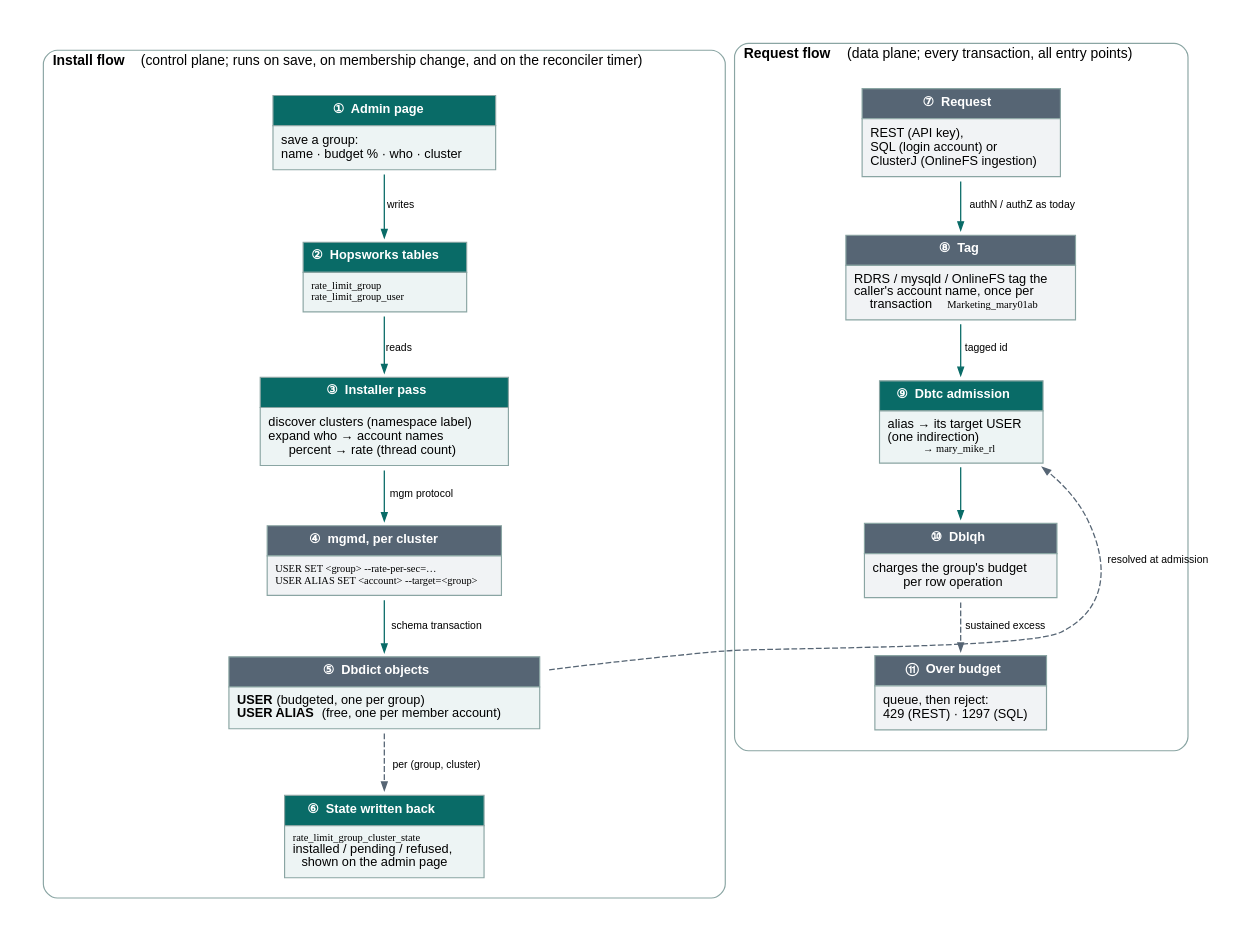
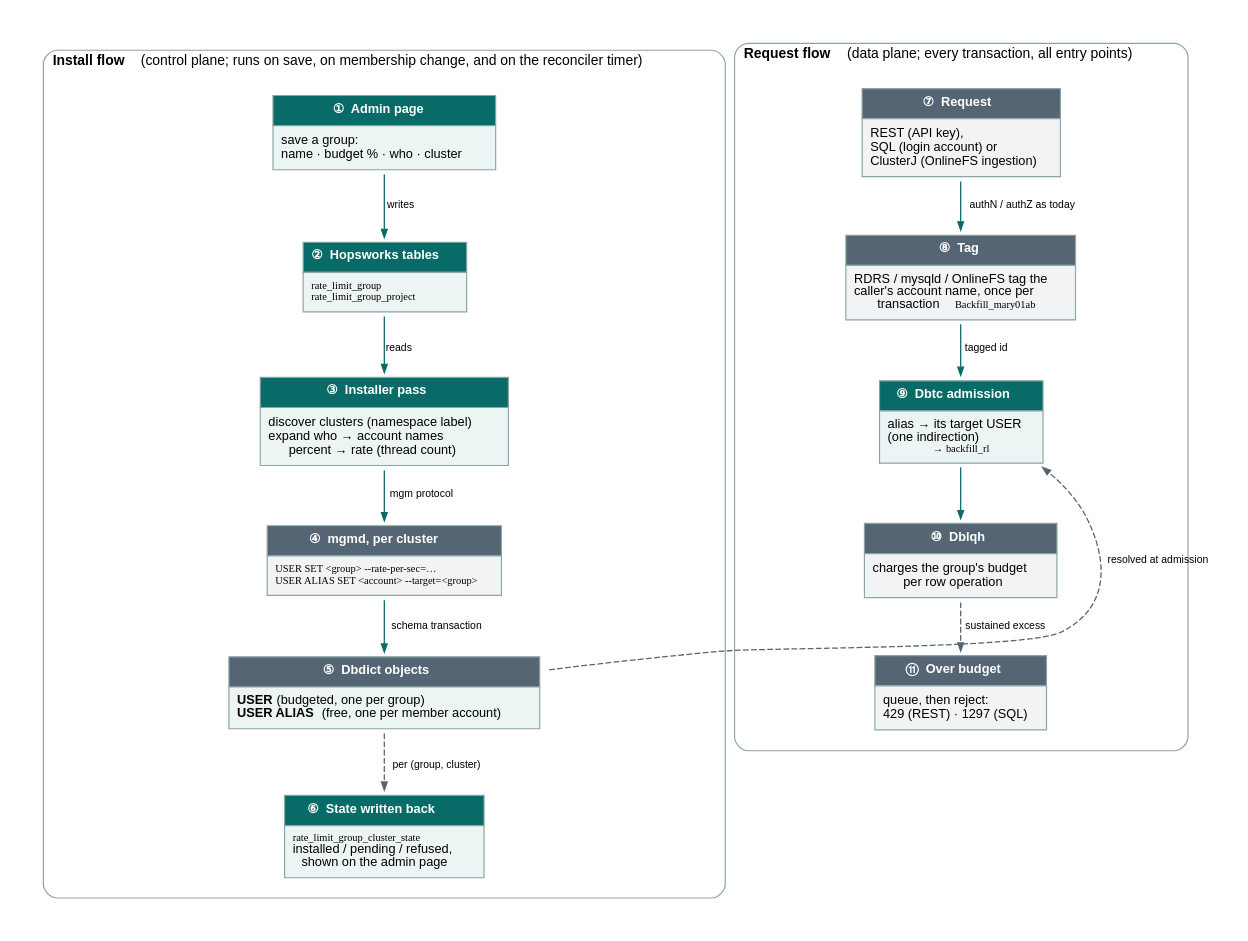
The diagram in storage/ndb/rest-server2/server/docs/rate-limit-groups/img/v2/lifecycle.dot (logicalclocks/rondb), drawn with Graphviz before and after one commit. The commit also changed 32 other files, not shown here.

```diff
--- a/storage/ndb/rest-server2/server/docs/rate-limit-groups/img/v2/lifecycle.dot
+++ b/storage/ndb/rest-server2/server/docs/rate-limit-groups/img/v2/lifecycle.dot
@@ -1,87 +1,87 @@
 digraph lifecycle {
   rankdir=TB;
   graph [fontname="Helvetica", fontsize=11, pad=0.3, nodesep=0.5, ranksep=0.45, bgcolor="white", compound=true, newrank=true];
   node  [shape=plaintext, fontname="Helvetica", fontsize=11];
   edge  [fontname="Helvetica", fontsize=9, color="#096b67", arrowsize=0.7, penwidth=1.1];
 
   subgraph cluster_install {
     label=<<B>Install flow</B> (control plane; runs on save, on membership change, and on the reconciler timer)>; fontsize=12; color="#8aa5a3"; style="rounded"; margin=14;
     s1 [label=<
 <TABLE BORDER="0" CELLBORDER="1" CELLSPACING="0" CELLPADDING="6" COLOR="#8aa5a3">
  <TR><TD BGCOLOR="#096b67"><FONT COLOR="white"><B>&#9312;&nbsp; Admin page</B></FONT></TD></TR>
  <TR><TD BGCOLOR="#edf4f4" ALIGN="LEFT">save a group:<BR ALIGN="LEFT"/>name &middot; budget % &middot; who &middot; cluster</TD></TR>
 </TABLE>>];
     s2 [label=<
 <TABLE BORDER="0" CELLBORDER="1" CELLSPACING="0" CELLPADDING="6" COLOR="#8aa5a3">
  <TR><TD BGCOLOR="#096b67"><FONT COLOR="white"><B>&#9313;&nbsp; Hopsworks tables</B></FONT></TD></TR>
- <TR><TD BGCOLOR="#edf4f4" ALIGN="LEFT"><FONT FACE="Menlo" POINT-SIZE="9">rate_limit_group</FONT><BR ALIGN="LEFT"/><FONT FACE="Menlo" POINT-SIZE="9">rate_limit_group_user</FONT></TD></TR>
+ <TR><TD BGCOLOR="#edf4f4" ALIGN="LEFT"><FONT FACE="Menlo" POINT-SIZE="9">rate_limit_group</FONT><BR ALIGN="LEFT"/><FONT FACE="Menlo" POINT-SIZE="9">rate_limit_group_project</FONT></TD></TR>
 </TABLE>>];
     s3 [label=<
 <TABLE BORDER="0" CELLBORDER="1" CELLSPACING="0" CELLPADDING="6" COLOR="#8aa5a3">
  <TR><TD BGCOLOR="#096b67"><FONT COLOR="white"><B>&#9314;&nbsp; Installer pass</B></FONT></TD></TR>
  <TR><TD BGCOLOR="#edf4f4" ALIGN="LEFT">discover clusters (namespace label)<BR ALIGN="LEFT"/>expand who &rarr; account names<BR ALIGN="LEFT"/>percent &rarr; rate (thread count)</TD></TR>
 </TABLE>>];
     s4 [label=<
 <TABLE BORDER="0" CELLBORDER="1" CELLSPACING="0" CELLPADDING="6" COLOR="#8aa5a3">
  <TR><TD BGCOLOR="#566574"><FONT COLOR="white"><B>&#9315;&nbsp; mgmd, per cluster</B></FONT></TD></TR>
  <TR><TD BGCOLOR="#f1f3f5" ALIGN="LEFT"><FONT FACE="Menlo" POINT-SIZE="9">USER SET &lt;group&gt; --rate-per-sec=&hellip;</FONT><BR ALIGN="LEFT"/><FONT FACE="Menlo" POINT-SIZE="9">USER ALIAS SET &lt;account&gt; --target=&lt;group&gt;</FONT></TD></TR>
 </TABLE>>];
     s5 [label=<
 <TABLE BORDER="0" CELLBORDER="1" CELLSPACING="0" CELLPADDING="6" COLOR="#8aa5a3">
  <TR><TD BGCOLOR="#566574"><FONT COLOR="white"><B>&#9316;&nbsp; Dbdict objects</B></FONT></TD></TR>
  <TR><TD BGCOLOR="#edf4f4" ALIGN="LEFT"><B>USER</B> (budgeted, one per group)<BR ALIGN="LEFT"/><B>USER ALIAS</B> (free, one per member account)</TD></TR>
 </TABLE>>];
     s1 -> s2 [label="writes"];
     s2 -> s3 [label="reads"];
     s3 -> s4 [label="mgm protocol"];
     s4 -> s5 [label="schema transaction"];
 
     state [label=<
 <TABLE BORDER="0" CELLBORDER="1" CELLSPACING="0" CELLPADDING="6" COLOR="#8aa5a3">
  <TR><TD BGCOLOR="#096b67"><FONT COLOR="white"><B>&#9317;&nbsp; State written back</B></FONT></TD></TR>
  <TR><TD BGCOLOR="#edf4f4" ALIGN="LEFT"><FONT FACE="Menlo" POINT-SIZE="9">rate_limit_group_cluster_state</FONT><BR ALIGN="LEFT"/>installed / pending / refused,<BR ALIGN="LEFT"/>shown on the admin page</TD></TR>
 </TABLE>>];
     s5 -> state [label="per (group, cluster)", style=dashed, color="#566574"];
   }
 
   subgraph cluster_request {
     label=<<B>Request flow</B> (data plane; every transaction, all entry points)>; fontsize=12; color="#8aa5a3"; style="rounded"; margin=14;
     r1 [label=<
 <TABLE BORDER="0" CELLBORDER="1" CELLSPACING="0" CELLPADDING="6" COLOR="#8aa5a3">
  <TR><TD BGCOLOR="#566574"><FONT COLOR="white"><B>&#9318;&nbsp; Request</B></FONT></TD></TR>
  <TR><TD BGCOLOR="#f1f3f5" ALIGN="LEFT">REST (API key),<BR ALIGN="LEFT"/>SQL (login account) or<BR ALIGN="LEFT"/>ClusterJ (OnlineFS ingestion)</TD></TR>
 </TABLE>>];
     r2 [label=<
 <TABLE BORDER="0" CELLBORDER="1" CELLSPACING="0" CELLPADDING="6" COLOR="#8aa5a3">
  <TR><TD BGCOLOR="#566574"><FONT COLOR="white"><B>&#9319;&nbsp; Tag</B></FONT></TD></TR>
- <TR><TD BGCOLOR="#f1f3f5" ALIGN="LEFT">RDRS / mysqld / OnlineFS tag the<BR ALIGN="LEFT"/>caller&apos;s account name, once per<BR ALIGN="LEFT"/>transaction <FONT FACE="Menlo" POINT-SIZE="9">Marketing_mary01ab</FONT></TD></TR>
+ <TR><TD BGCOLOR="#f1f3f5" ALIGN="LEFT">RDRS / mysqld / OnlineFS tag the<BR ALIGN="LEFT"/>caller&apos;s account name, once per<BR ALIGN="LEFT"/>transaction <FONT FACE="Menlo" POINT-SIZE="9">Backfill_mary01ab</FONT></TD></TR>
 </TABLE>>];
     r3 [label=<
 <TABLE BORDER="0" CELLBORDER="1" CELLSPACING="0" CELLPADDING="6" COLOR="#8aa5a3">
  <TR><TD BGCOLOR="#096b67"><FONT COLOR="white"><B>&#9320;&nbsp; Dbtc admission</B></FONT></TD></TR>
- <TR><TD BGCOLOR="#edf4f4" ALIGN="LEFT">alias &rarr; its target USER<BR ALIGN="LEFT"/>(one indirection)<BR ALIGN="LEFT"/><FONT FACE="Menlo" POINT-SIZE="9">&rarr; mary_mike_rl</FONT></TD></TR>
+ <TR><TD BGCOLOR="#edf4f4" ALIGN="LEFT">alias &rarr; its target USER<BR ALIGN="LEFT"/>(one indirection)<BR ALIGN="LEFT"/><FONT FACE="Menlo" POINT-SIZE="9">&rarr; backfill_rl</FONT></TD></TR>
 </TABLE>>];
     r4 [label=<
 <TABLE BORDER="0" CELLBORDER="1" CELLSPACING="0" CELLPADDING="6" COLOR="#8aa5a3">
  <TR><TD BGCOLOR="#566574"><FONT COLOR="white"><B>&#9321;&nbsp; Dblqh</B></FONT></TD></TR>
  <TR><TD BGCOLOR="#f1f3f5" ALIGN="LEFT">charges the group&apos;s budget<BR ALIGN="LEFT"/>per row operation</TD></TR>
 </TABLE>>];
     r5 [label=<
 <TABLE BORDER="0" CELLBORDER="1" CELLSPACING="0" CELLPADDING="6" COLOR="#8aa5a3">
  <TR><TD BGCOLOR="#566574"><FONT COLOR="white"><B>&#9322;&nbsp; Over budget</B></FONT></TD></TR>
  <TR><TD BGCOLOR="#f1f3f5" ALIGN="LEFT">queue, then reject:<BR ALIGN="LEFT"/>429 (REST) &middot; 1297 (SQL)</TD></TR>
 </TABLE>>];
     r1 -> r2 [label="authN / authZ as today"];
     r2 -> r3 [label="tagged id"];
     r3 -> r4;
     r4 -> r5 [label="sustained excess", style=dashed, color="#566574"];
   }
 
   s5 -> r3 [label="resolved at admission", style=dashed, color="#566574", constraint=false];
 
   { rank=same; s1; r1; }
   { rank=same; s2; r2; }
   { rank=same; s3; r3; }
   { rank=same; s4; r4; }
   { rank=same; s5; r5; }
 }
```
